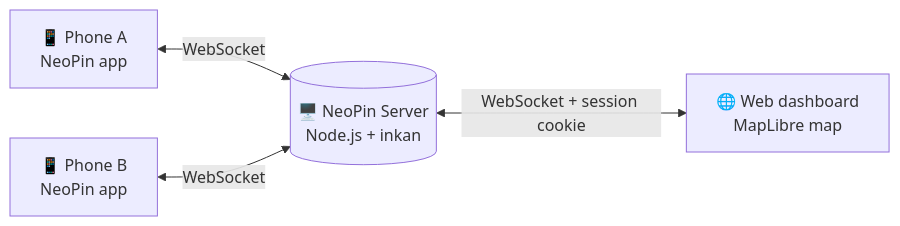
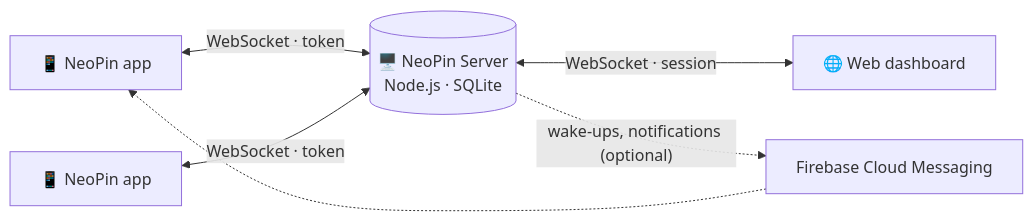
The diagram in README.md (vxnsin/NeoPin), drawn with Mermaid before and after one commit. The commit also changed other lines of this file and 12 other files, not shown here.

````diff
--- a/README.md
+++ b/README.md
@@ -23,6 +36,8 @@
 ```mermaid
 flowchart LR
-    A[📱 Phone A<br/>NeoPin app] <-- WebSocket --> S[(🖥️ NeoPin Server<br/>Node.js + inkan)]
-    B[📱 Phone B<br/>NeoPin app] <-- WebSocket --> S
-    S <-- WebSocket + session cookie --> D[🌐 Web dashboard<br/>MapLibre map]
+    A[📱 NeoPin app] <-- "WebSocket · token" --> S[(🖥️ NeoPin Server<br/>Node.js · SQLite)]
+    B[📱 NeoPin app] <-- "WebSocket · token" --> S
+    S <-- "WebSocket · session" --> D[🌐 Web dashboard]
+    S -. "wake-ups, notifications (optional)" .-> F[Firebase Cloud Messaging]
+    F -.-> A
 ```
````
